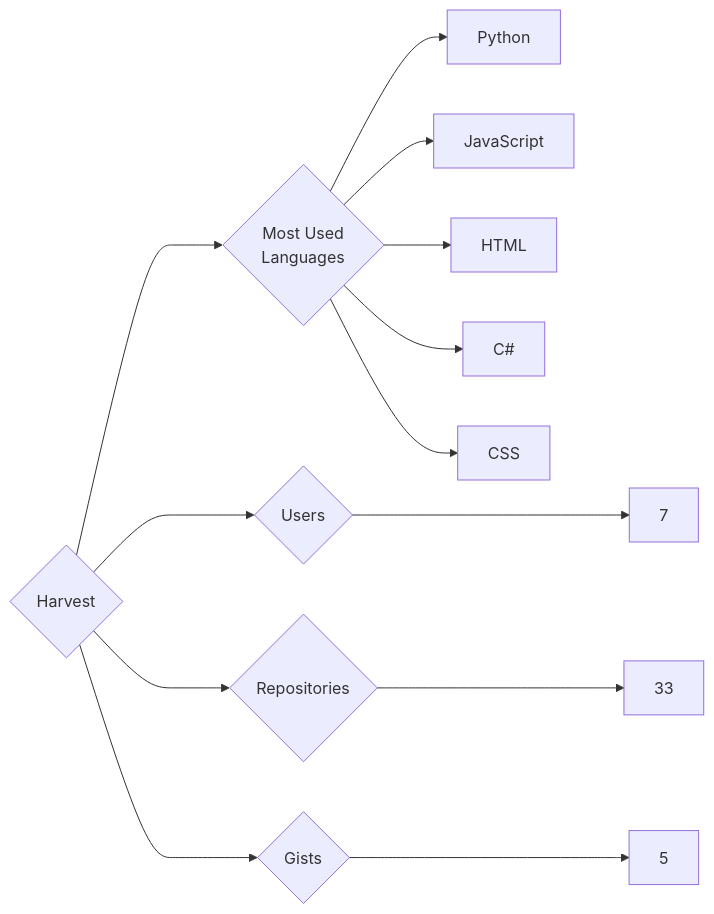
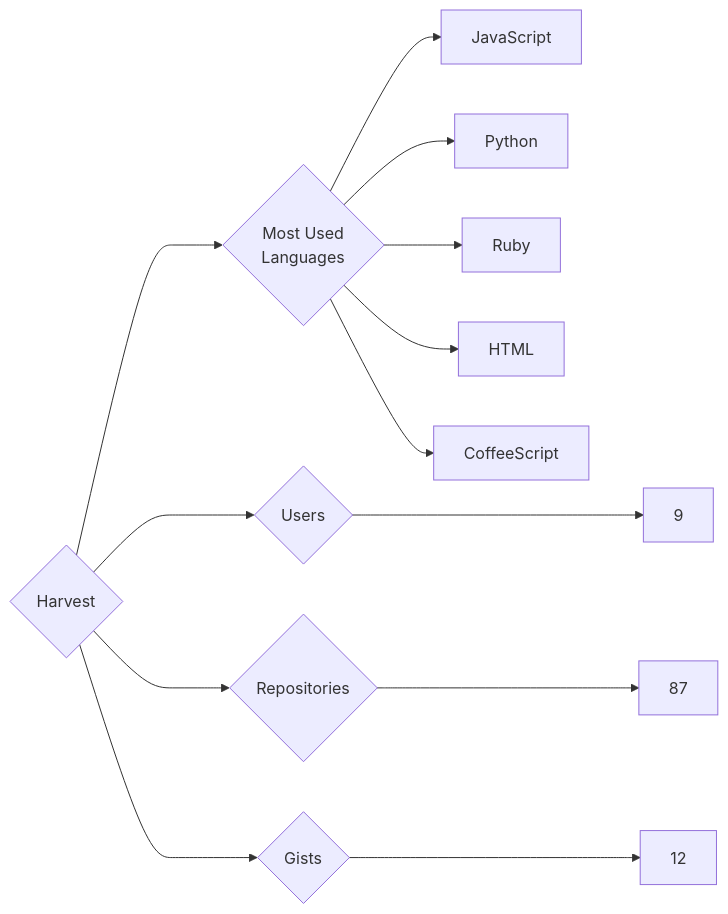
The diagram in targets/Harvest/README.md (trickest/insiders), drawn with Mermaid before and after one commit. The commit also changed 1148 other files, not shown here.

````diff
--- a/targets/Harvest/README.md
+++ b/targets/Harvest/README.md
@@ -3,13 +3,13 @@
 ```mermaid
 graph LR
 COMPANY_NAME{Harvest}
-COMPANY_NAME ---> U{Users} ---> UN[7]
-COMPANY_NAME ---> R{Repositories} ---> RN[33]
-COMPANY_NAME ---> G{Gists} ---> GN[5]
+COMPANY_NAME ---> U{Users} ---> UN[9]
+COMPANY_NAME ---> R{Repositories} ---> RN[87]
+COMPANY_NAME ---> G{Gists} ---> GN[12]
 COMPANY_NAME ---> ML{Most Used<br>Languages}
+ML --> JavaScript[JavaScript]
 ML --> Python[Python]
-ML --> JavaScript[JavaScript]
+ML --> Ruby[Ruby]
 ML --> HTML[HTML]
-ML --> C#[C#]
-ML --> CSS[CSS]
+ML --> CoffeeScript[CoffeeScript]
 ```
````
